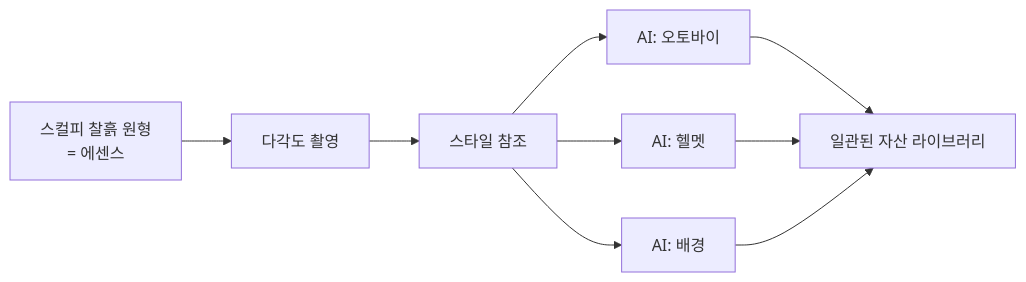
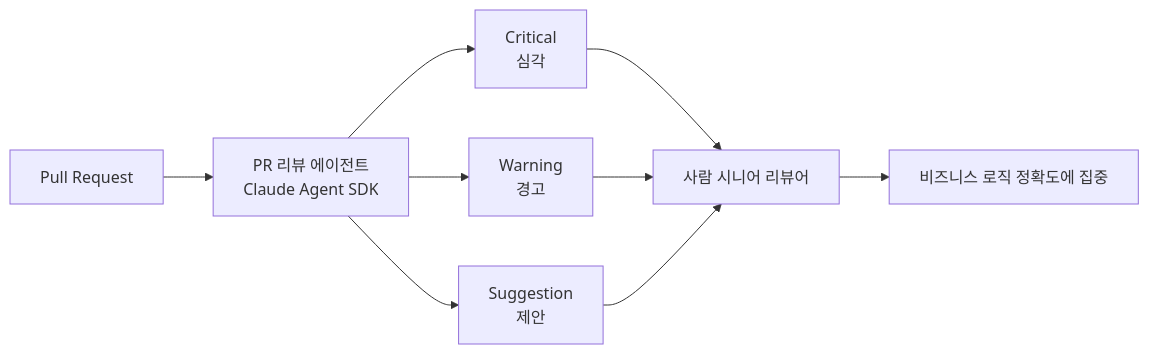
The third of 3 diagrams in content/part-2-what/multi-agent.mdx (imakerjun/effective-ai-coding-sds), drawn with Mermaid before and after one commit. The commit also changed other lines of this file and 12 other files, not shown here.

````diff
--- a/content/part-2-what/multi-agent.mdx
+++ b/content/part-2-what/multi-agent.mdx
@@ -166,11 +173,11 @@
 ```mermaid
 flowchart LR
-    Sculpi[스컬피 찰흙 원형<br/>= 에센스] --> Photo[다각도 촬영]
-    Photo --> Ref[스타일 참조]
-    Ref --> AI1[AI: 오토바이]
-    Ref --> AI2[AI: 헬멧]
-    Ref --> AI3[AI: 배경]
-    AI1 --> Asset[일관된 자산 라이브러리]
-    AI2 --> Asset
-    AI3 --> Asset
+    PR[Pull Request] --> Agent[PR 리뷰 에이전트<br/>Claude Agent SDK]
+    Agent --> C1[Critical<br/>심각]
+    Agent --> C2[Warning<br/>경고]
+    Agent --> C3[Suggestion<br/>제안]
+    C1 --> Reviewer[사람 시니어 리뷰어]
+    C2 --> Reviewer
+    C3 --> Reviewer
+    Reviewer --> Focus[비즈니스 로직 정확도에 집중]
 ```
````
